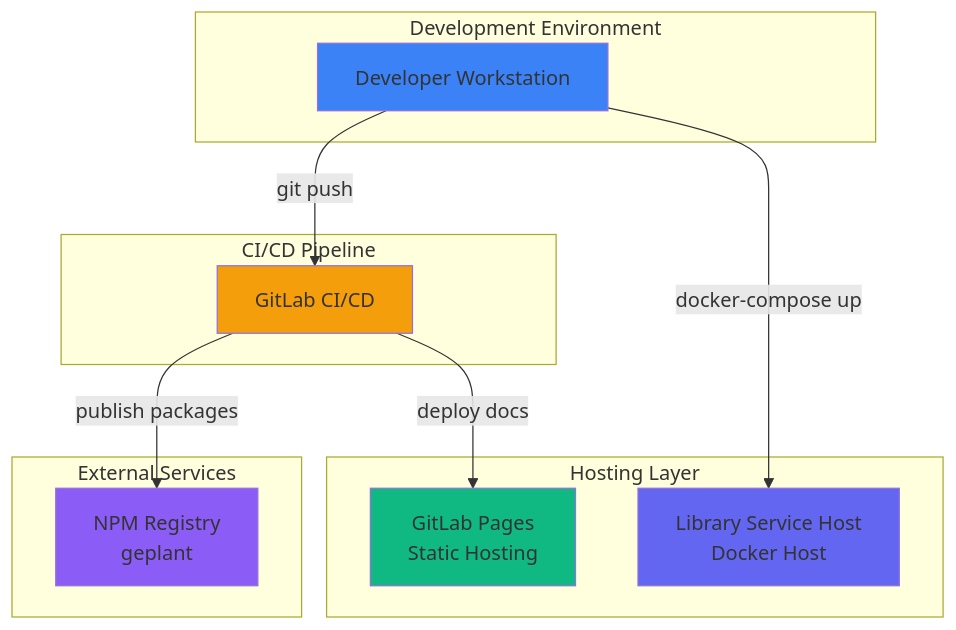
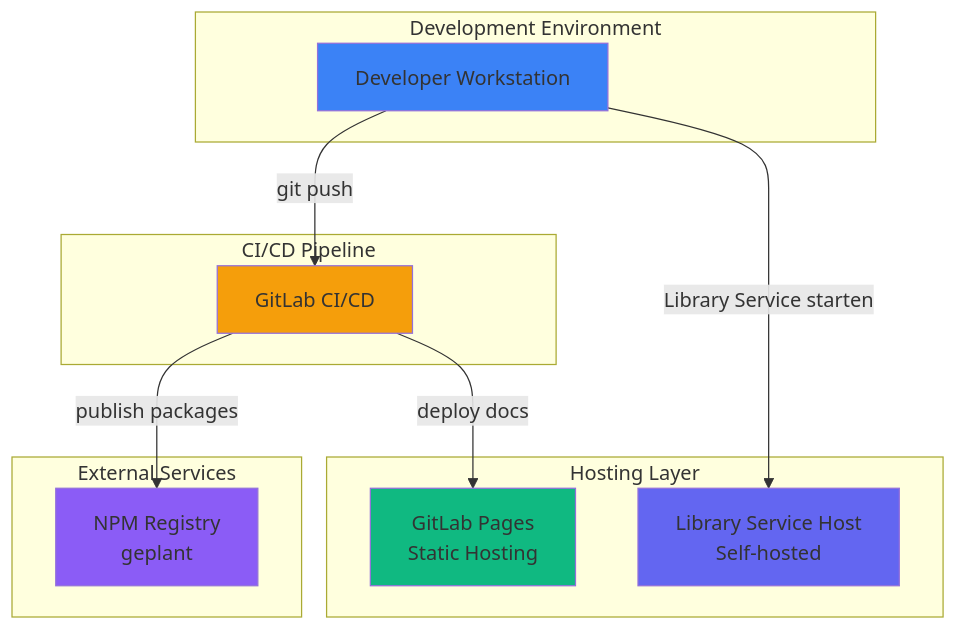
Before and after one commit to mainzcript/ujl: the first of 9 diagrams in apps/docs/src/arc42/07-deployment-view.md, drawn with Mermaid. The commit also changed other lines of this file and 2 other files, not shown here.

Commit message:
refactor: update deployment documentation to clarify the architecture of the UJL framework, including changes to the Library Service setup, PostgreSQL configuration, and Docker Compose usage, while enhancing clarity and consistency across sections

````diff
--- a/apps/docs/src/arc42/07-deployment-view.md
+++ b/apps/docs/src/arc42/07-deployment-view.md
@@ -12,30 +12,30 @@
 ```mermaid
 graph TB
     subgraph "Development Environment"
         Dev[Developer Workstation]
     end
 
     subgraph "CI/CD Pipeline"
         GitLab[GitLab CI/CD]
     end
 
     subgraph "Hosting Layer"
         Pages[GitLab Pages<br/>Static Hosting]
-        LibraryServer[Library Service Host<br/>Docker Host]
+        LibraryServer[Library Service Host<br/>Self-hosted]
     end
 
     subgraph "External Services"
         NPM[NPM Registry<br/>geplant]
     end
 
     Dev -->|git push| GitLab
     GitLab -->|deploy docs| Pages
     GitLab -->|publish packages| NPM
-    Dev -->|docker-compose up| LibraryServer
+    Dev -->|Library Service starten| LibraryServer
 
     style Dev fill:#3b82f6
     style GitLab fill:#f59e0b
     style Pages fill:#10b981
     style LibraryServer fill:#6366f1
     style NPM fill:#8b5cf6
 ```
````
